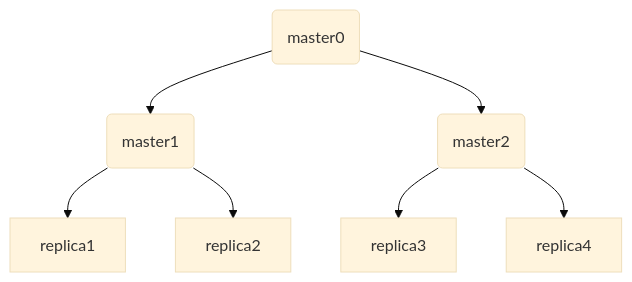
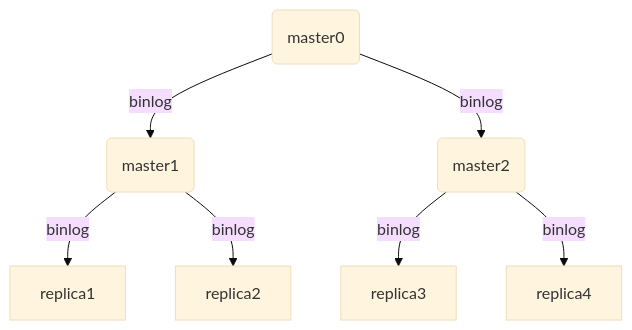
Before and after one commit to uestc-fzk/notebook: the first of 2 diagrams in 数据库/mysql/mysql.md, drawn with Mermaid (base theme). The commit also changed other lines of this file, not shown here.

````diff
--- a/数据库/mysql/mysql.md
+++ b/数据库/mysql/mysql.md
@@ -2502,10 +2502,10 @@
 ```mermaid
 graph TD
 m0(master0)
-m0-->m1(master1)
-m0-->m2(master2)
-m1-->replica1[replica1]
-m1-->replica2[replica2]
-m2-->replica3[replica3]
-m2-->replica4[replica4]
+m0-->|binlog|m1(master1)
+m0-->|binlog|m2(master2)
+m1-->|binlog|replica1[replica1]
+m1-->|binlog|replica2[replica2]
+m2-->|binlog|replica3[replica3]
+m2-->|binlog|replica4[replica4]
 ```
````
